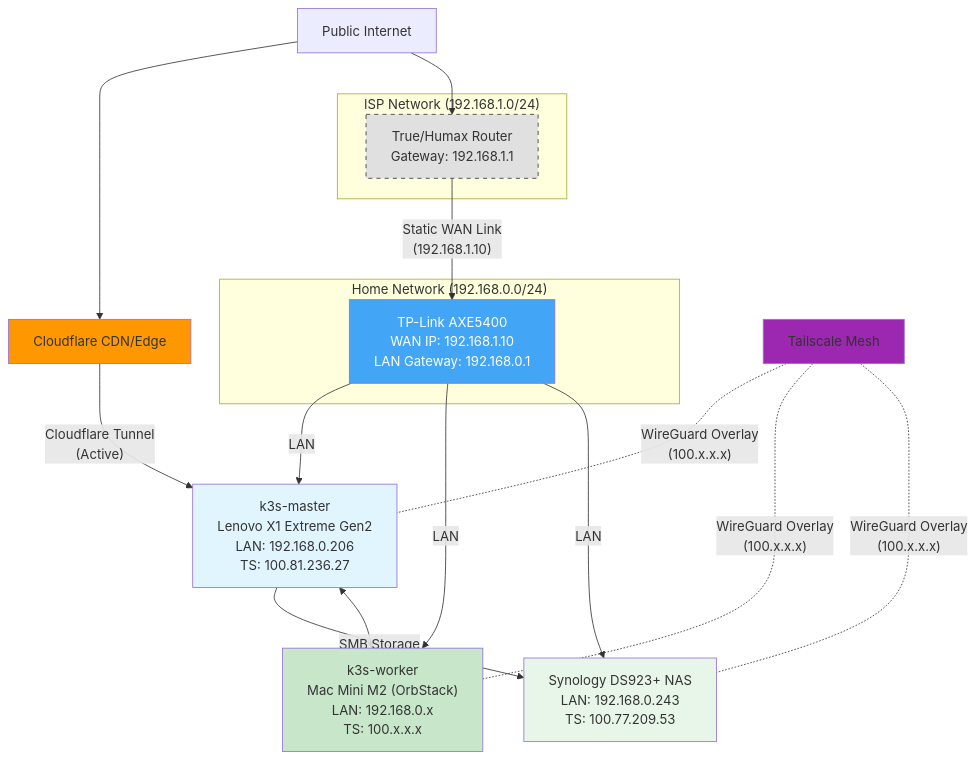
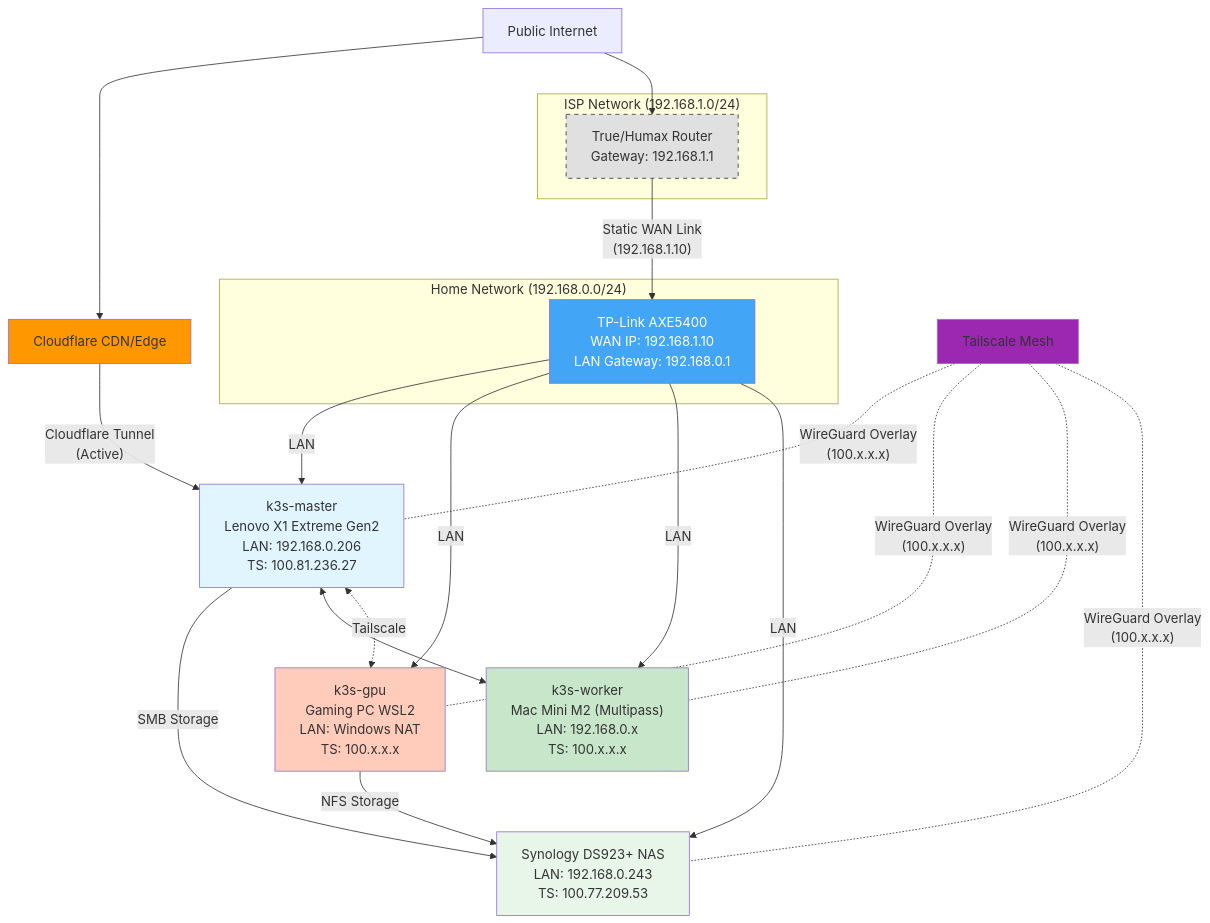
The second of 3 diagrams in README.md (kanokgan/home-brain), drawn with Mermaid before and after one commit. The commit also changed other lines of this file and 8 other files, not shown here.

````diff
--- a/README.md
+++ b/README.md
@@ -59,24 +65,27 @@
 ```mermaid
 flowchart TB
  subgraph ISP_Layer["ISP Network (192.168.1.0/24)"]
         ISPRouter["True/Humax Router<br>Gateway: 192.168.1.1"]
   end
  subgraph Home_Core["Home Network (192.168.0.0/24)"]
         TPLink["TP-Link AXE5400<br>WAN IP: 192.168.1.10<br>LAN Gateway: 192.168.0.1"]
   end
     Internet["Public Internet"] --> CloudflareCDN["Cloudflare CDN/Edge"] & ISPRouter
     ISPRouter -- "Static WAN Link<br>(192.168.1.10)" --> TPLink
-    TPLink -- LAN --> K3sMaster["k3s-master<br>Lenovo X1 Extreme Gen2<br>LAN: 192.168.0.206<br>TS: 100.81.236.27"] & K3sWorker["k3s-worker<br>Mac Mini M2 (OrbStack)<br>LAN: 192.168.0.x<br>TS: 100.x.x.x"] & NAS["Synology DS923+ NAS<br>LAN: 192.168.0.243<br>TS: 100.77.209.53"]
+    TPLink -- LAN --> K3sMaster["k3s-master<br>Lenovo X1 Extreme Gen2<br>LAN: 192.168.0.206<br>TS: 100.81.236.27"] & K3sGPU["k3s-gpu<br>Gaming PC WSL2<br>LAN: Windows NAT<br>TS: 100.x.x.x"] & K3sWorker["k3s-worker<br>Mac Mini M2 (Multipass)<br>LAN: 192.168.0.x<br>TS: 100.x.x.x"] & NAS["Synology DS923+ NAS<br>LAN: 192.168.0.243<br>TS: 100.77.209.53"]
     CloudflareCDN -- Cloudflare Tunnel<br>(Active) --> K3sMaster
-    TailscaleRelay["Tailscale Mesh"] -. "WireGuard Overlay<br>(100.x.x.x)" .- K3sMaster & K3sWorker & NAS
+    TailscaleRelay["Tailscale Mesh"] -. "WireGuard Overlay<br>(100.x.x.x)" .- K3sMaster & K3sGPU & K3sWorker & NAS
     K3sMaster -- SMB Storage --> NAS
+    K3sGPU -- NFS Storage --> NAS
     K3sMaster <--> K3sWorker
+    K3sMaster <-. Tailscale .-> K3sGPU
 
     style CloudflareCDN fill:#ff9800
     style ISPRouter fill:#e0e0e0,stroke:#333,stroke-dasharray: 5 5
     style TPLink fill:#42a5f5,color:white
     style K3sMaster fill:#e1f5ff
+    style K3sGPU fill:#ffccbc
     style K3sWorker fill:#c8e6c9
     style NAS fill:#e8f5e9
     style TailscaleRelay fill:#9c27b0
 ```
````
